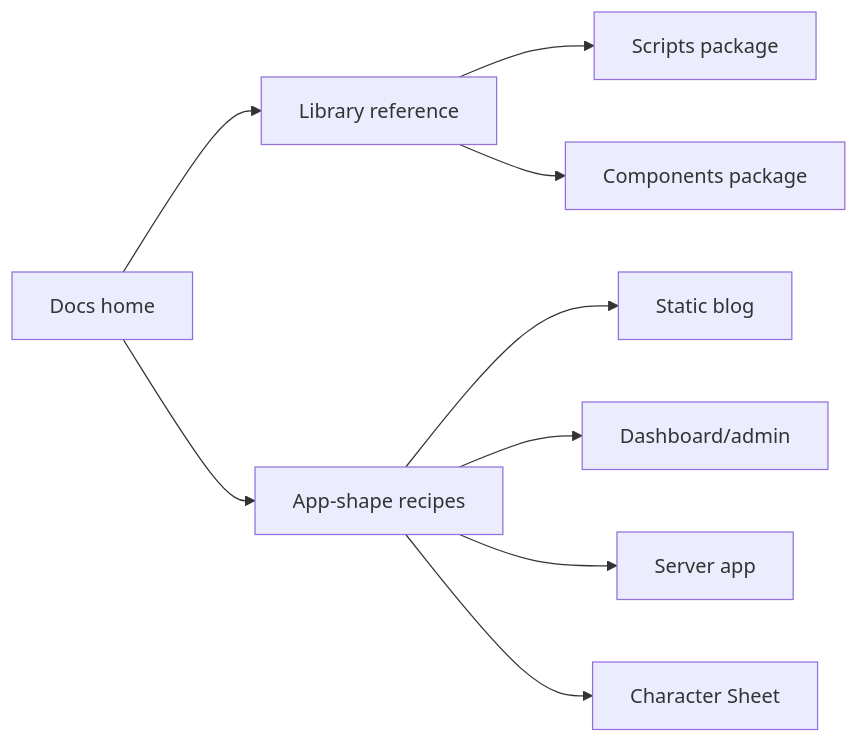
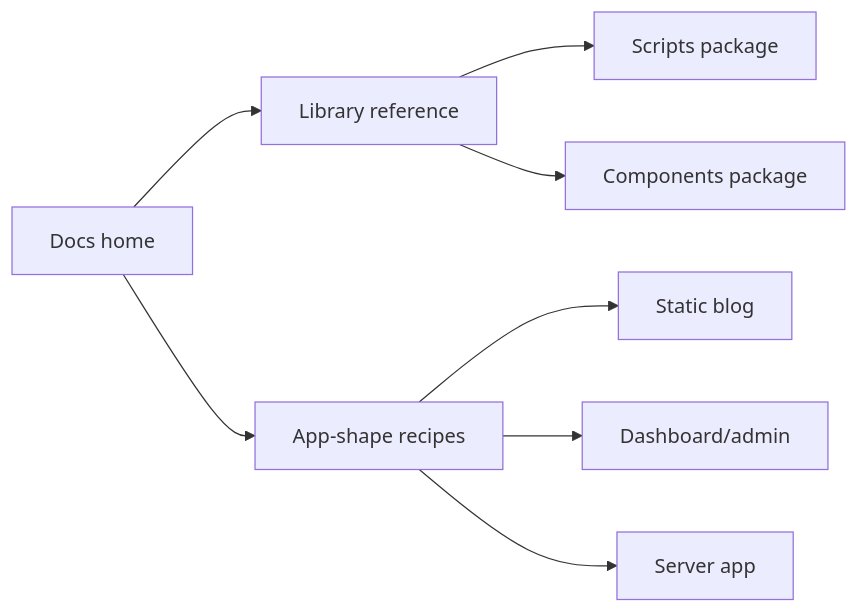
Before and after one commit to Macavitymadcap/hyper-dank: the diagram in docs/tickets/pace-0036.md, drawn with Mermaid. The commit also changed other lines of this file and 5 other files, not shown here.

````diff
--- a/docs/tickets/pace-0036.md
+++ b/docs/tickets/pace-0036.md
@@ -60,11 +60,10 @@
 ```mermaid
 flowchart LR
   Home["Docs home"] --> Libraries["Library reference"]
   Home --> Recipes["App-shape recipes"]
   Recipes --> Blog["Static blog"]
   Recipes --> Dashboard["Dashboard/admin"]
   Recipes --> Server["Server app"]
-  Recipes --> Sheet["Character Sheet"]
   Libraries --> Scripts["Scripts package"]
   Libraries --> Components["Components package"]
 ```
````
